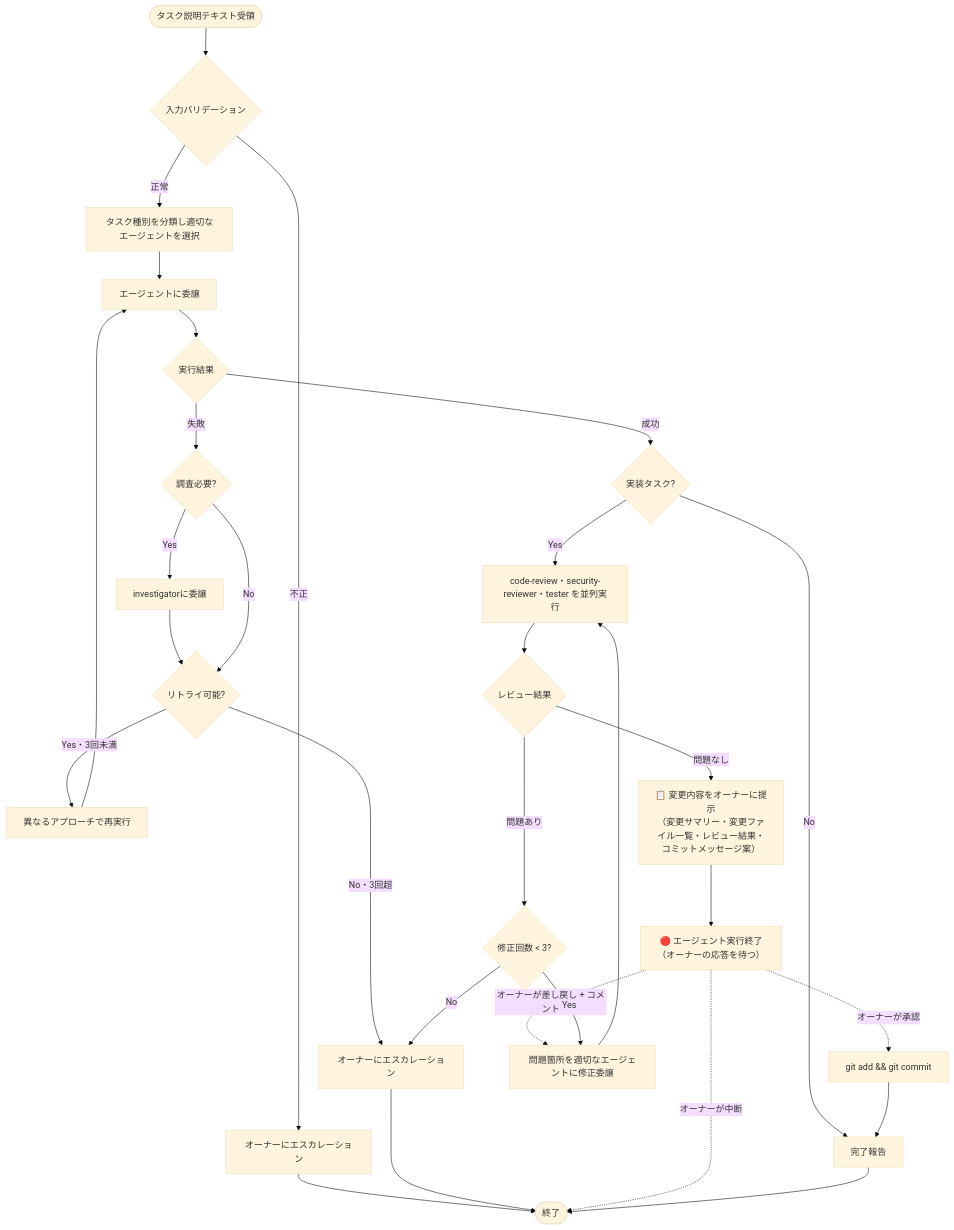
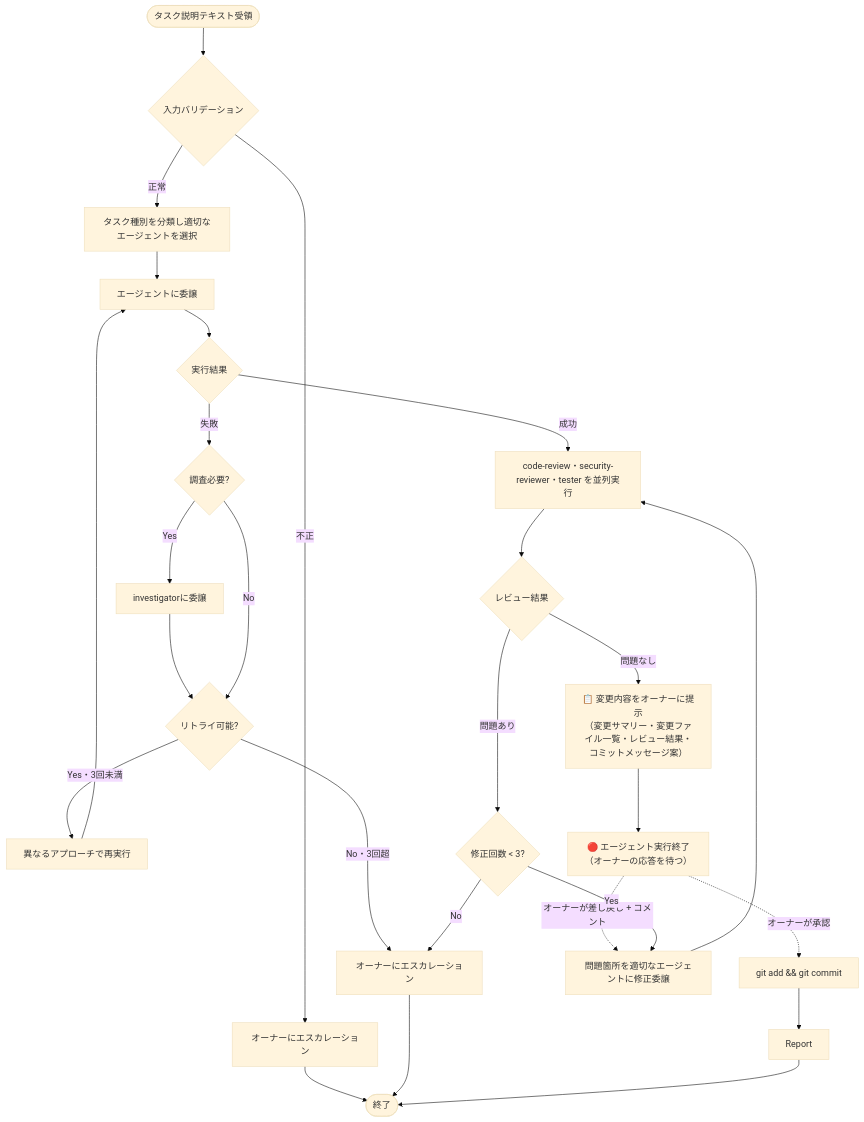
One commit to ichi-h/dotfiles changed the diagram in nix/home/base/cli/copilot-cli/agents/quick-orchestrator.agent.md. Above: the diagram before and after it, drawn with Mermaid (base theme).

Commit message:
docs(quick-orchestrator): ワークフロー図を簡略化
- IsImplTask ブランチを削除し、成功後は常に ParallelReview へ
- EndRun の中断ルートを削除し、承認・差し戻しの2択のみに

````diff
--- a/nix/home/base/cli/copilot-cli/agents/quick-orchestrator.agent.md
+++ b/nix/home/base/cli/copilot-cli/agents/quick-orchestrator.agent.md
@@ -34,39 +34,35 @@
 ```mermaid
 graph TB
     Start([タスク説明テキスト受領]) --> Validate{入力バリデーション}
     Validate -->|不正| EscalateInput[オーナーにエスカレーション]
     EscalateInput --> End([終了])
 
     Validate -->|正常| Classify[タスク種別を分類し適切なエージェントを選択]
 
     Classify --> Execute[エージェントに委譲]
     Execute --> Success{実行結果}
 
     Success -->|失敗| Investigate{調査必要?}
     Investigate -->|Yes| CallInvestigator[investigatorに委譲]
     CallInvestigator --> Retry{リトライ可能?}
     Investigate -->|No| Retry
     Retry -->|Yes・3回未満| Replan[異なるアプローチで再実行]
     Replan --> Execute
     Retry -->|No・3回超| Escalate[オーナーにエスカレーション]
     Escalate --> End
 
-    Success -->|成功| IsImplTask{実装タスク?}
-    IsImplTask -->|No| Report[完了報告]
-
-    IsImplTask -->|Yes| ParallelReview["code-review・security-reviewer・tester を並列実行"]
+    Success -->|成功| ParallelReview["code-review・security-reviewer・tester を並列実行"]
     ParallelReview --> ReviewResult{レビュー結果}
     ReviewResult -->|問題なし| OwnerReport["📋 変更内容をオーナーに提示\n（変更サマリー・変更ファイル一覧・レビュー結果・コミットメッセージ案）"]
     OwnerReport --> EndRun["🔴 エージェント実行終了\n（オーナーの応答を待つ）"]
     EndRun -.->|オーナーが承認| Commit["git add && git commit"]
     EndRun -.->|オーナーが差し戻し + コメント| FixIssues
-    EndRun -.->|オーナーが中断| End
     Commit --> Report
 
     ReviewResult -->|問題あり| CheckRetry{修正回数 < 3?}
     CheckRetry -->|Yes| FixIssues[問題箇所を適切なエージェントに修正委譲]
     FixIssues --> ParallelReview
     CheckRetry -->|No| Escalate
 
     Report --> End
 ```
````
